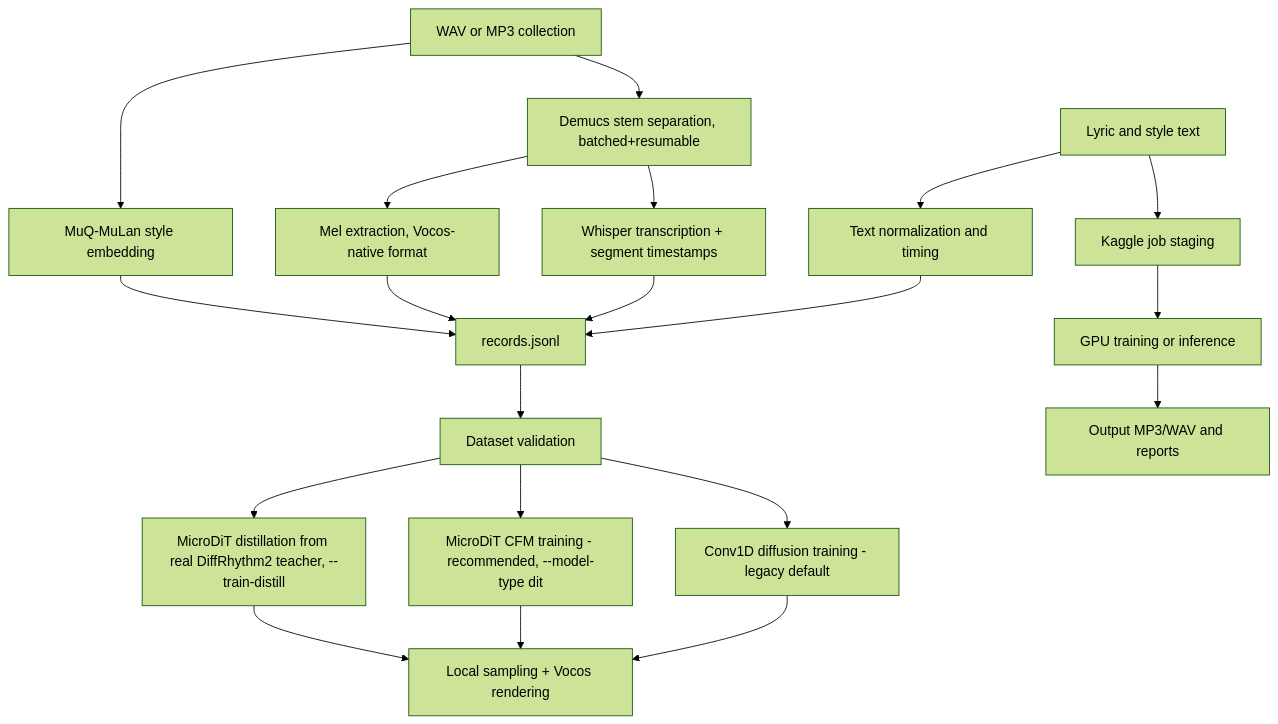
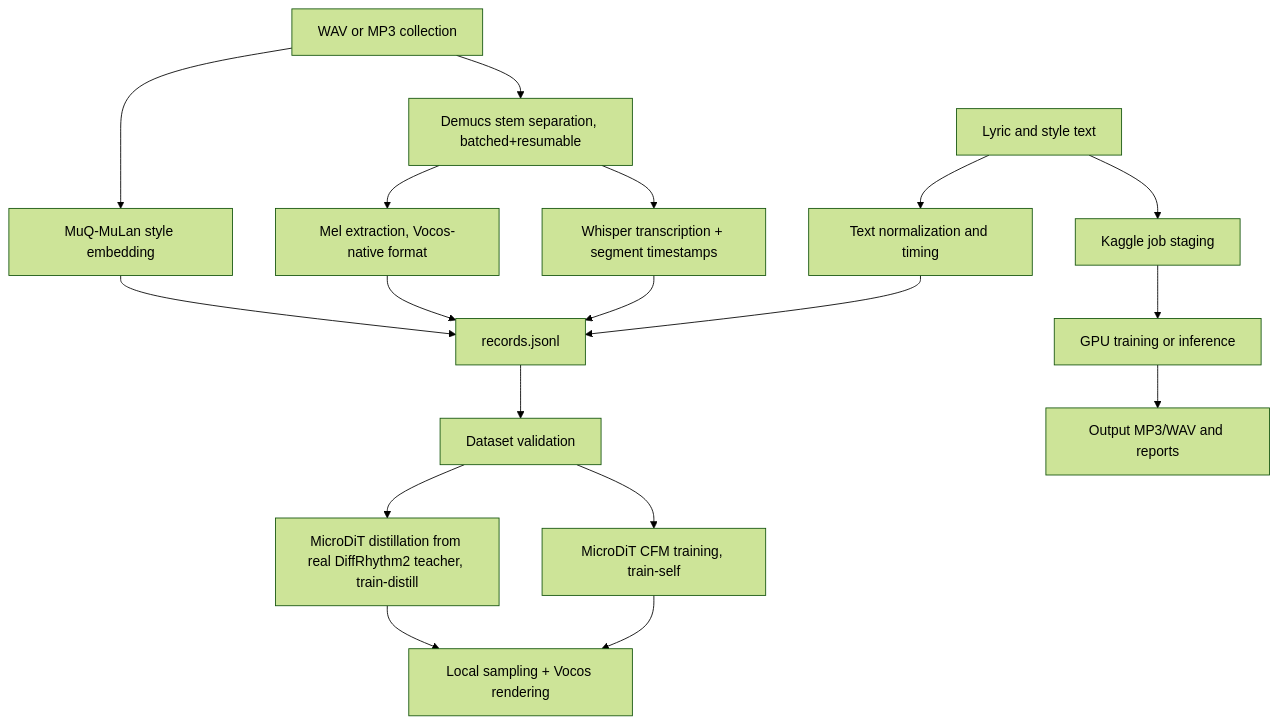
The diagram in docs/architecture.md (nhuy5602/GenMusic), drawn with Mermaid (forest theme) before and after one commit. The commit also changed 12 other files, not shown here.

Commit message:
remove: legacy Conv1D ResidualDenoiser architecture, MicroDiT is now the only model

````diff
--- a/docs/architecture.md
+++ b/docs/architecture.md
@@ -9,22 +9,20 @@
 ```mermaid
 flowchart TD
     A[Lyric and style text] --> B[Text normalization and timing]
     C[WAV or MP3 collection] --> D[Demucs stem separation, batched+resumable]
     C --> S[MuQ-MuLan style embedding]
     D --> E[Whisper transcription + segment timestamps]
     D --> M2[Mel extraction, Vocos-native format]
     B --> F[records.jsonl]
     E --> F
     M2 --> F
     S --> F
     F --> G[Dataset validation]
-    G --> H[Conv1D diffusion training - legacy default]
-    G --> I[MicroDiT CFM training - recommended, --model-type dit]
-    G --> DI[MicroDiT distillation from real DiffRhythm2 teacher, --train-distill]
-    H --> J[Local sampling + Vocos rendering]
-    I --> J
+    G --> I[MicroDiT CFM training, train-self]
+    G --> DI[MicroDiT distillation from real DiffRhythm2 teacher, train-distill]
+    I --> J[Local sampling + Vocos rendering]
     DI --> J
     A --> K[Kaggle job staging]
     K --> L[GPU training or inference]
     L --> M[Output MP3/WAV and reports]
 ```
````
